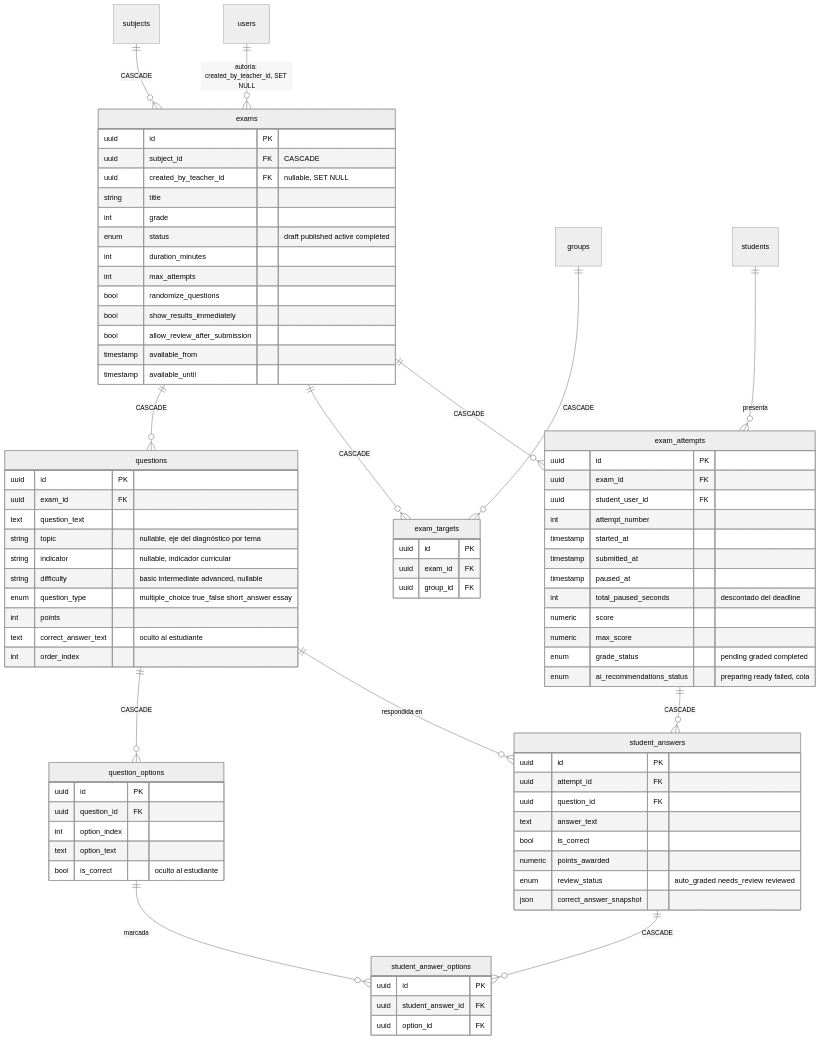
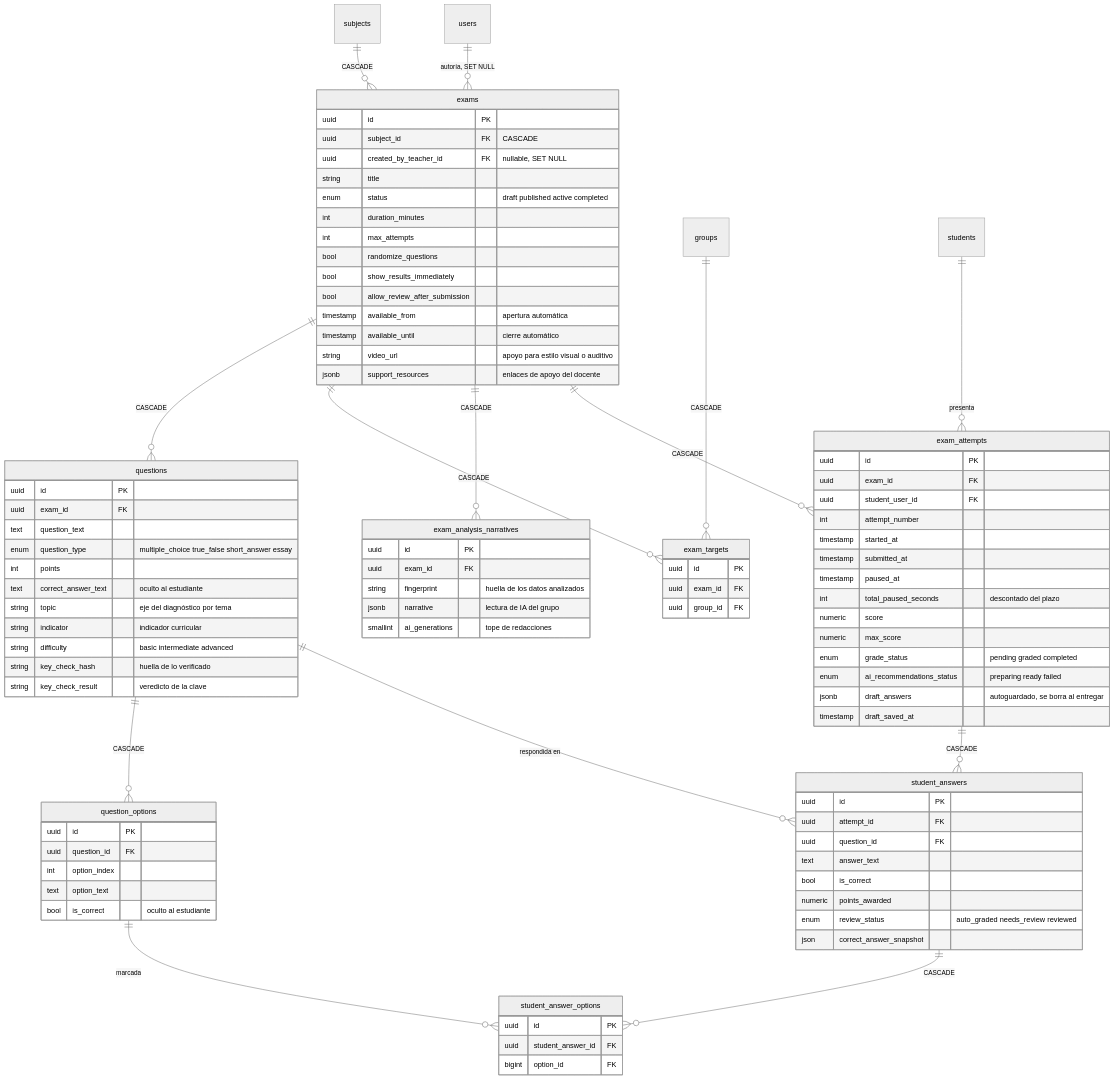
One commit to Infil505/NeoEduCore-Back changed the third of 19 diagrams in docs/DIAGRAMAS.md. Above: the diagram before and after it, drawn with Mermaid (neutral theme). The commit also changed other lines of this file and 25 other files, not shown here.

````diff
--- a/docs/DIAGRAMAS.md
+++ b/docs/DIAGRAMAS.md
@@ -228,11 +221,12 @@
 ```mermaid
 erDiagram
     subjects ||--o{ exams : "CASCADE"
-    users ||--o{ exams : "autoría: created_by_teacher_id, SET NULL"
+    users ||--o{ exams : "autoría, SET NULL"
     exams ||--o{ questions : "CASCADE"
     questions ||--o{ question_options : "CASCADE"
     exams ||--o{ exam_targets : "CASCADE"
     groups ||--o{ exam_targets : "CASCADE"
+    exams ||--o{ exam_analysis_narratives : "CASCADE"
     exams ||--o{ exam_attempts : "CASCADE"
     students ||--o{ exam_attempts : "presenta"
     exam_attempts ||--o{ student_answers : "CASCADE"
@@ -245,27 +239,29 @@
         uuid subject_id FK "CASCADE"
         uuid created_by_teacher_id FK "nullable, SET NULL"
         string title
-        int grade
         enum status "draft published active completed"
         int duration_minutes
         int max_attempts
         bool randomize_questions
         bool show_results_immediately
         bool allow_review_after_submission
-        timestamp available_from
-        timestamp available_until
+        timestamp available_from "apertura automática"
+        timestamp available_until "cierre automático"
+        string video_url "apoyo para estilo visual o auditivo"
+        jsonb support_resources "enlaces de apoyo del docente"
     }
     questions {
         uuid id PK
         uuid exam_id FK
         text question_text
-        string topic "nullable, eje del diagnóstico por tema"
-        string indicator "nullable, indicador curricular"
-        string difficulty "basic intermediate advanced, nullable"
         enum question_type "multiple_choice true_false short_answer essay"
         int points
         text correct_answer_text "oculto al estudiante"
-        int order_index
+        string topic "eje del diagnóstico por tema"
+        string indicator "indicador curricular"
+        string difficulty "basic intermediate advanced"
+        string key_check_hash "huella de lo verificado"
+        string key_check_result "veredicto de la clave"
     }
     question_options {
         uuid id PK
@@ -287,11 +283,13 @@
         timestamp started_at
         timestamp submitted_at
         timestamp paused_at
-        int total_paused_seconds "descontado del deadline"
+        int total_paused_seconds "descontado del plazo"
         numeric score
         numeric max_score
         enum grade_status "pending graded completed"
-        enum ai_recommendations_status "preparing ready failed, cola"
+        enum ai_recommendations_status "preparing ready failed"
+        jsonb draft_answers "autoguardado, se borra al entregar"
+        timestamp draft_saved_at
     }
     student_answers {
         uuid id PK
@@ -306,6 +304,13 @@
     student_answer_options {
         uuid id PK
         uuid student_answer_id FK
-        uuid option_id FK
+        bigint option_id FK
+    }
+    exam_analysis_narratives {
+        uuid id PK
+        uuid exam_id FK
+        string fingerprint "huella de los datos analizados"
+        jsonb narrative "lectura de IA del grupo"
+        smallint ai_generations "tope de redacciones"
     }
 ```
````
